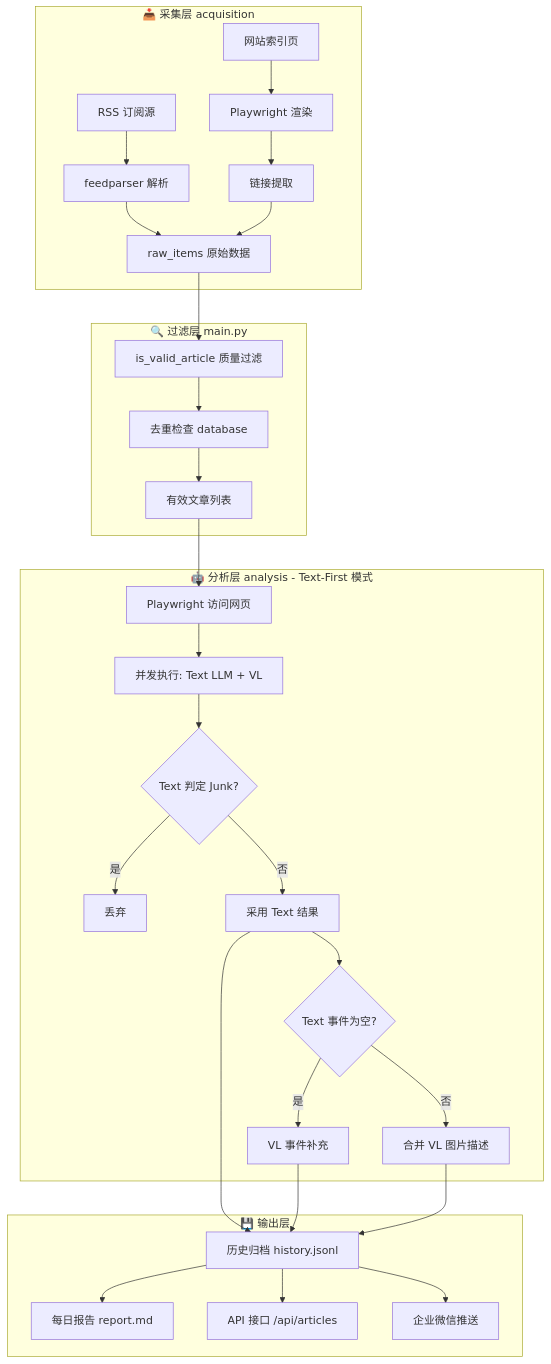
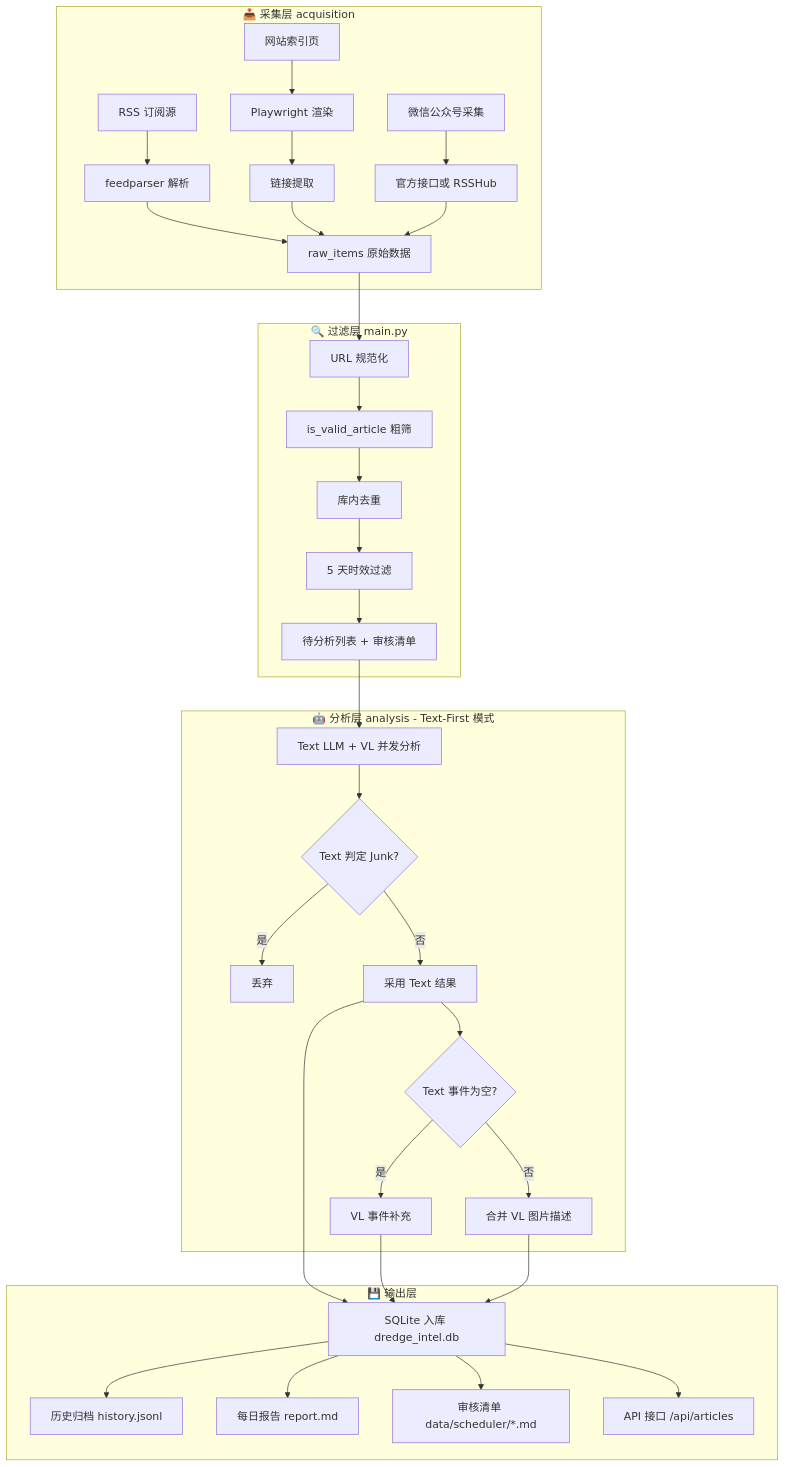
Before and after one commit to 0mao0/DredgeScope: the diagram in README.md, drawn with Mermaid. The commit also changed other lines of this file and 28 other files, not shown here.

````diff
--- a/README.md
+++ b/README.md
@@ -113,36 +17,40 @@
 ```mermaid
 flowchart TB
     subgraph 采集层["📥 采集层 acquisition"]
         A1[RSS 订阅源] --> A2[feedparser 解析]
         A3[网站索引页] --> A4[Playwright 渲染]
         A4 --> A5[链接提取]
-        A2 --> A6[raw_items 原始数据]
-        A5 --> A6
+        A6[微信公众号采集] --> A7[官方接口或 RSSHub]
+        A2 --> A8[raw_items 原始数据]
+        A5 --> A8
+        A7 --> A8
     end
 
     subgraph 过滤层["🔍 过滤层 main.py"]
-        A6 --> B1[is_valid_article 质量过滤]
-        B1 --> B2[去重检查 database]
-        B2 --> B3[有效文章列表]
+        A8 --> B1[URL 规范化]
+        B1 --> B2[is_valid_article 粗筛]
+        B2 --> B3[库内去重]
+        B3 --> B4[5 天时效过滤]
+        B4 --> B5[待分析列表 + 审核清单]
     end
 
     subgraph 分析层["🤖 分析层 analysis - Text-First 模式"]
-        B3 --> C1[Playwright 访问网页]
-        C1 --> C2[并发执行: Text LLM + VL]
-        C2 --> C3{Text 判定 Junk?}
-        C3 -- 是 --> C4[丢弃]
-        C3 -- 否 --> C5[采用 Text 结果]
-        C5 --> C6{Text 事件为空?}
-        C6 -- 是 --> C7[VL 事件补充]
-        C6 -- 否 --> C8[合并 VL 图片描述]
+        B5 --> C1[Text LLM + VL 并发分析]
+        C1 --> C2{Text 判定 Junk?}
+        C2 -- 是 --> C3[丢弃]
+        C2 -- 否 --> C4[采用 Text 结果]
+        C4 --> C5{Text 事件为空?}
+        C5 -- 是 --> C6[VL 事件补充]
+        C5 -- 否 --> C7[合并 VL 图片描述]
     end
 
     subgraph 输出层["💾 输出层"]
-        C5 --> D1[历史归档 history.jsonl]
+        C4 --> D1[SQLite 入库 dredge_intel.db]
+        C6 --> D1
         C7 --> D1
-        C8 --> D1
-        D1 --> D2[每日报告 report.md]
-        D1 --> D3[API 接口 /api/articles]
-        D1 --> D4[企业微信推送]
+        D1 --> D2[历史归档 history.jsonl]
+        D1 --> D3[每日报告 report.md]
+        D1 --> D4[审核清单 data/scheduler/*.md]
+        D1 --> D5[API 接口 /api/articles]
     end
 ```
````
